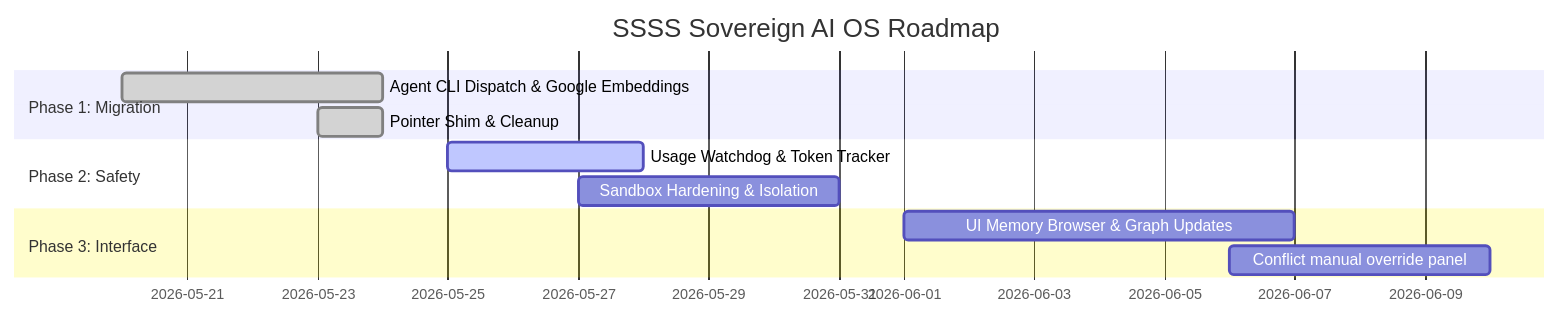
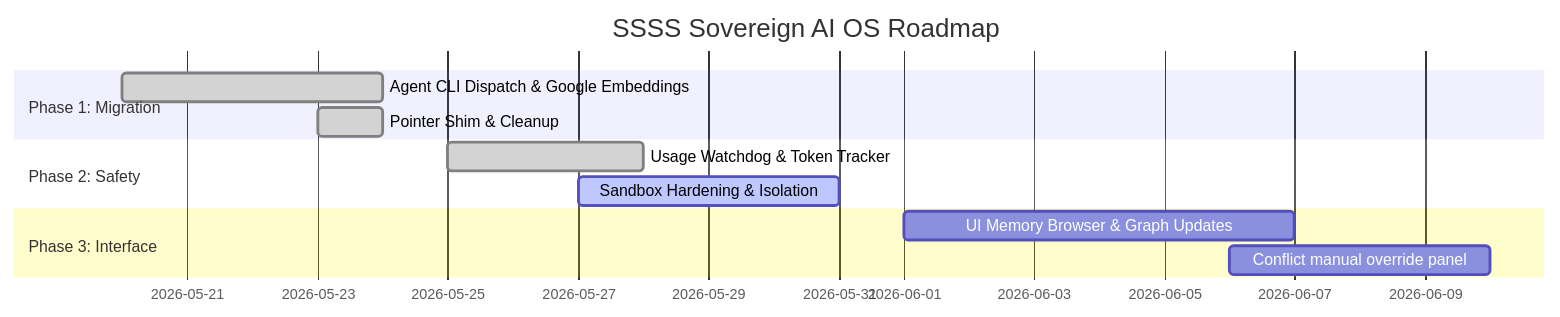
One commit to gregiteen/total-recall changed the diagram in docs/projects/in-progress/ssss-sovereign-ai-os/SSSS_SOVEREIGN_AI_OS_PROJECT_TRACKER.md. Above: the diagram before and after it, drawn with Mermaid. The commit also changed other lines of this file and 24 other files, not shown here.

Commit message:
feat(safety): complete Phase 2 budget watchdog, token tracker & fix connect spec

````diff
--- a/docs/projects/in-progress/ssss-sovereign-ai-os/SSSS_SOVEREIGN_AI_OS_PROJECT_TRACKER.md
+++ b/docs/projects/in-progress/ssss-sovereign-ai-os/SSSS_SOVEREIGN_AI_OS_PROJECT_TRACKER.md
@@ -11,14 +11,14 @@
 ```mermaid
 gantt
     title SSSS Sovereign AI OS Roadmap
     dateFormat  YYYY-MM-DD
     section Phase 1: Migration
     Agent CLI Dispatch & Google Embeddings    :done,    des1, 2026-05-20, 2026-05-24
     Pointer Shim & Cleanup                    :done,    des2, 2026-05-23, 2026-05-24
     section Phase 2: Safety
-    Usage Watchdog & Token Tracker            :active,  des3, 2026-05-25, 2026-05-28
-    Sandbox Hardening & Isolation             :         des4, 2026-05-27, 2026-05-31
+    Usage Watchdog & Token Tracker            :done,    des3, 2026-05-25, 2026-05-28
+    Sandbox Hardening & Isolation             :active,  des4, 2026-05-27, 2026-05-31
     section Phase 3: Interface
     UI Memory Browser & Graph Updates          :         des5, 2026-06-01, 2026-06-07
     Conflict manual override panel            :         des6, 2026-06-06, 2026-06-10
 ```
````
